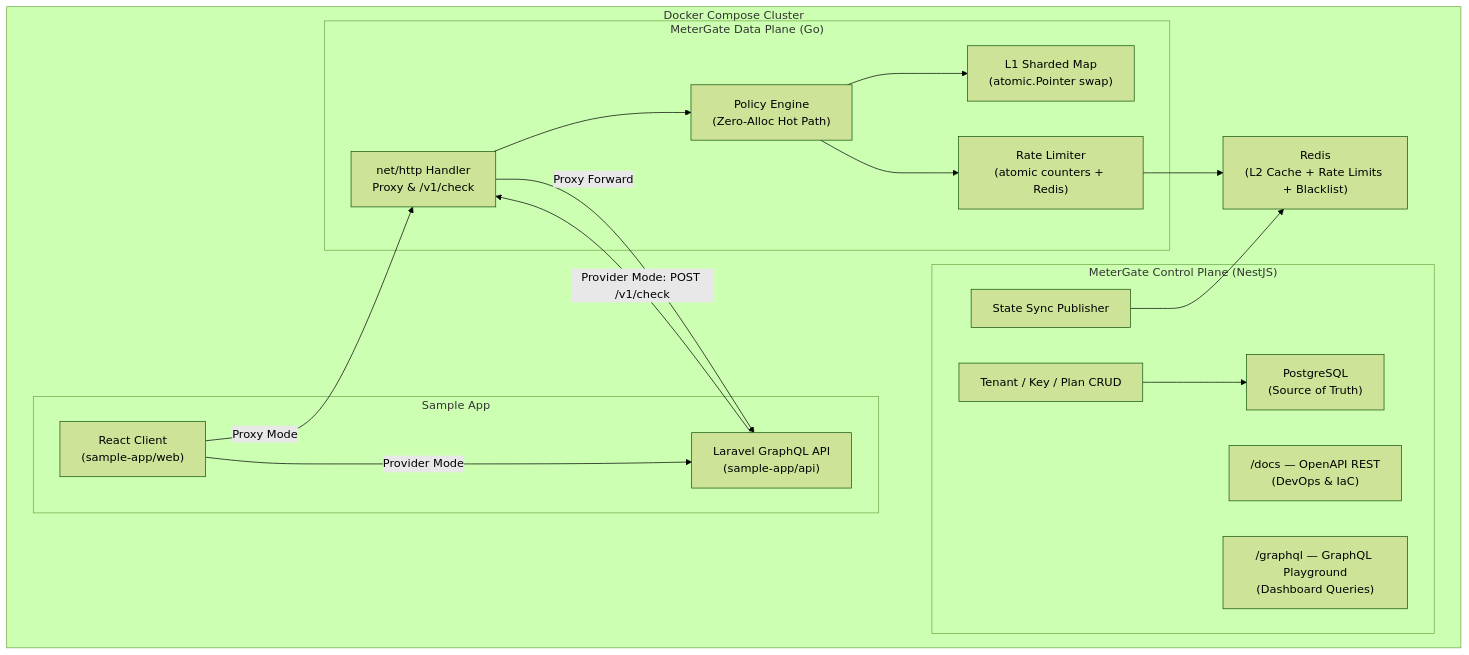
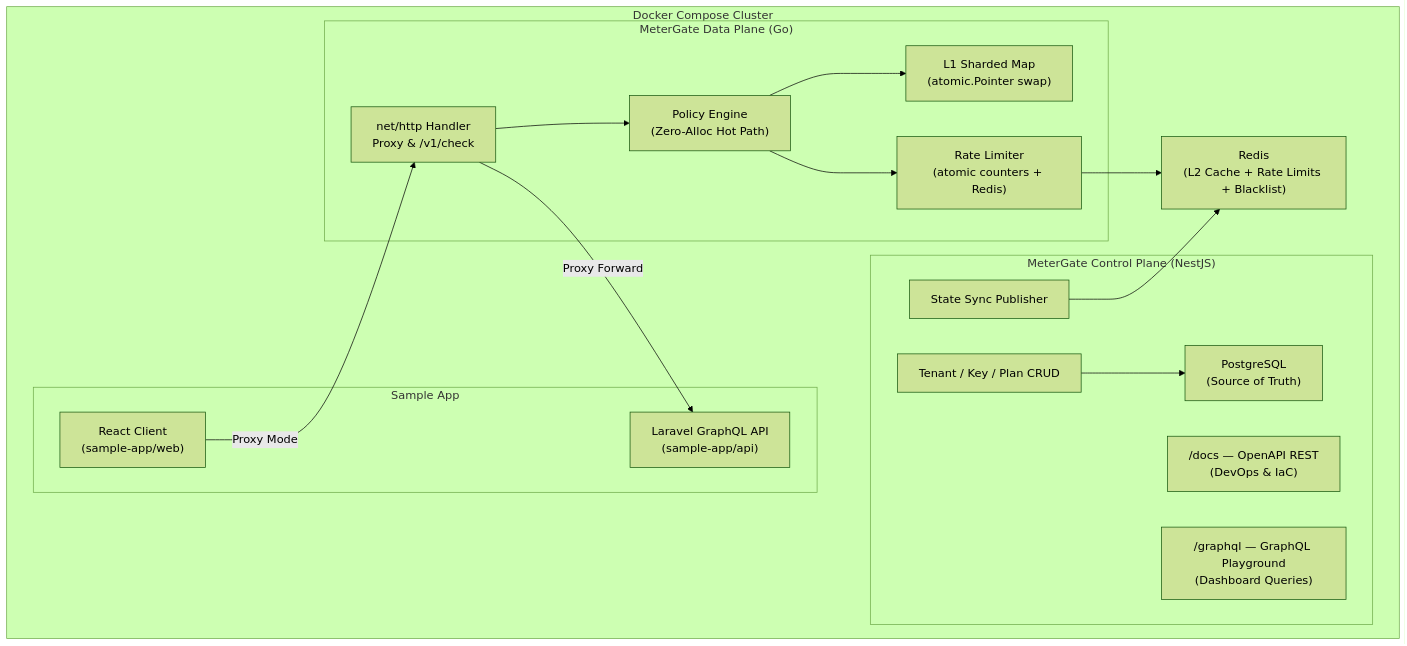
The diagram in README.md (viktor-oy/MeterGate), drawn with Mermaid (forest theme) before and after one commit. The commit also changed other lines of this file and 15 other files, not shown here.

Commit message:
refactor: remove provider mode and simplify architecture

````diff
--- a/README.md
+++ b/README.md
@@ -7,37 +7,35 @@
 ```mermaid
 graph TB
     subgraph "Docker Compose Cluster"
         subgraph "Sample App"
             WEB["React Client<br/>(sample-app/web)"]
             API["Laravel GraphQL API<br/>(sample-app/api)"]
         end
 
         subgraph "MeterGate Control Plane (NestJS)"
             SWAGGER["/docs — OpenAPI REST<br/>(DevOps & IaC)"]
             GQL["/graphql — GraphQL Playground<br/>(Dashboard Queries)"]
             CRUD["Tenant / Key / Plan CRUD"]
             PG["PostgreSQL<br/>(Source of Truth)"]
             SYNC["State Sync Publisher"]
         end
 
         subgraph "MeterGate Data Plane (Go)"
             HANDLER["net/http Handler<br/>Proxy & /v1/check"]
             POLICY["Policy Engine<br/>(Zero-Alloc Hot Path)"]
             L1["L1 Sharded Map<br/>(atomic.Pointer swap)"]
             RL["Rate Limiter<br/>(atomic counters + Redis)"]
         end
 
         REDIS["Redis<br/>(L2 Cache + Rate Limits + Blacklist)"]
 
         WEB -- "Proxy Mode" --> HANDLER
-        WEB -- "Provider Mode" --> API
-        API -- "Provider Mode: POST /v1/check" --> HANDLER
         HANDLER --> POLICY
         POLICY --> L1
         POLICY --> RL
         RL --> REDIS
         SYNC --> REDIS
         CRUD --> PG
         HANDLER -- "Proxy Forward" --> API
     end
 ```
````
